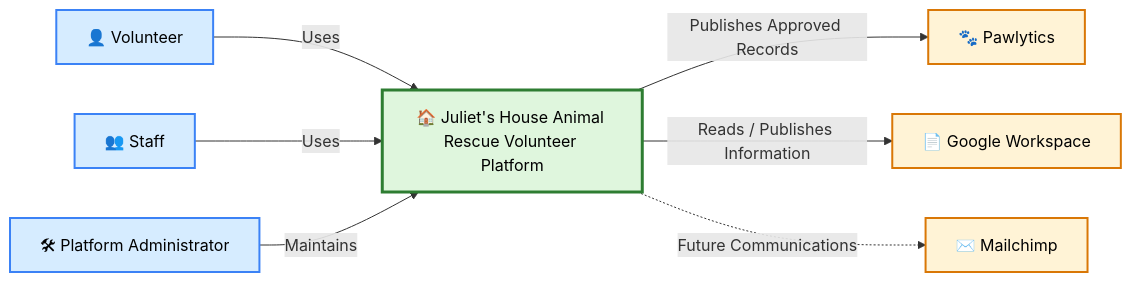
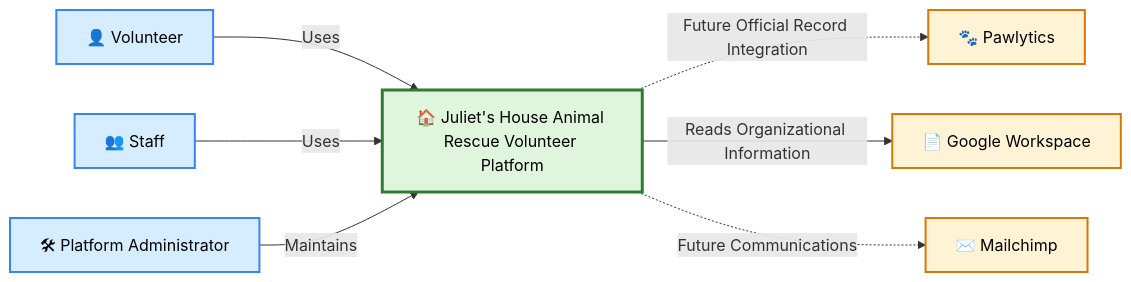
Before and after one commit to LordHaplo01/juliets-house-animal-rescue-architecture: the diagram in README.md, drawn with Mermaid. The commit also changed other lines of this file and 18 other files, not shown here.

````diff
--- a/README.md
+++ b/README.md
@@ -37,34 +37,34 @@
 ```mermaid
 flowchart LR
 
 %% Actors
 Volunteer["👤 Volunteer"]
 Staff["👥 Staff"]
 Admin["🛠 Platform Administrator"]
 
 %% Platform
 Platform["🏠 Juliet's House Animal Rescue Volunteer Platform"]
 
 %% External Systems
 Pawlytics["🐾 Pawlytics"]
 Google["📄 Google Workspace"]
 Mailchimp["✉️ Mailchimp"]
 
 %% Relationships
 Volunteer -->|Uses| Platform
 Staff -->|Uses| Platform
 Admin -->|Maintains| Platform
 
-Platform -->|Publishes Approved Records| Pawlytics
-Platform -->|Reads / Publishes Information| Google
+Platform -.->|Future Official Record Integration| Pawlytics
+Platform -->|Reads Organizational Information| Google
 Platform -.->|Future Communications| Mailchimp
 
 %% Styling
 classDef actor fill:#d6ecff,stroke:#3b82f6,color:#000,stroke-width:2px;
 classDef platform fill:#dff6dd,stroke:#2e7d32,color:#000,stroke-width:3px;
 classDef external fill:#fff3d6,stroke:#d97706,color:#000,stroke-width:2px;
 
 class Volunteer,Staff,Admin actor;
 class Platform platform;
 class Pawlytics,Google,Mailchimp external;
 ```
````
